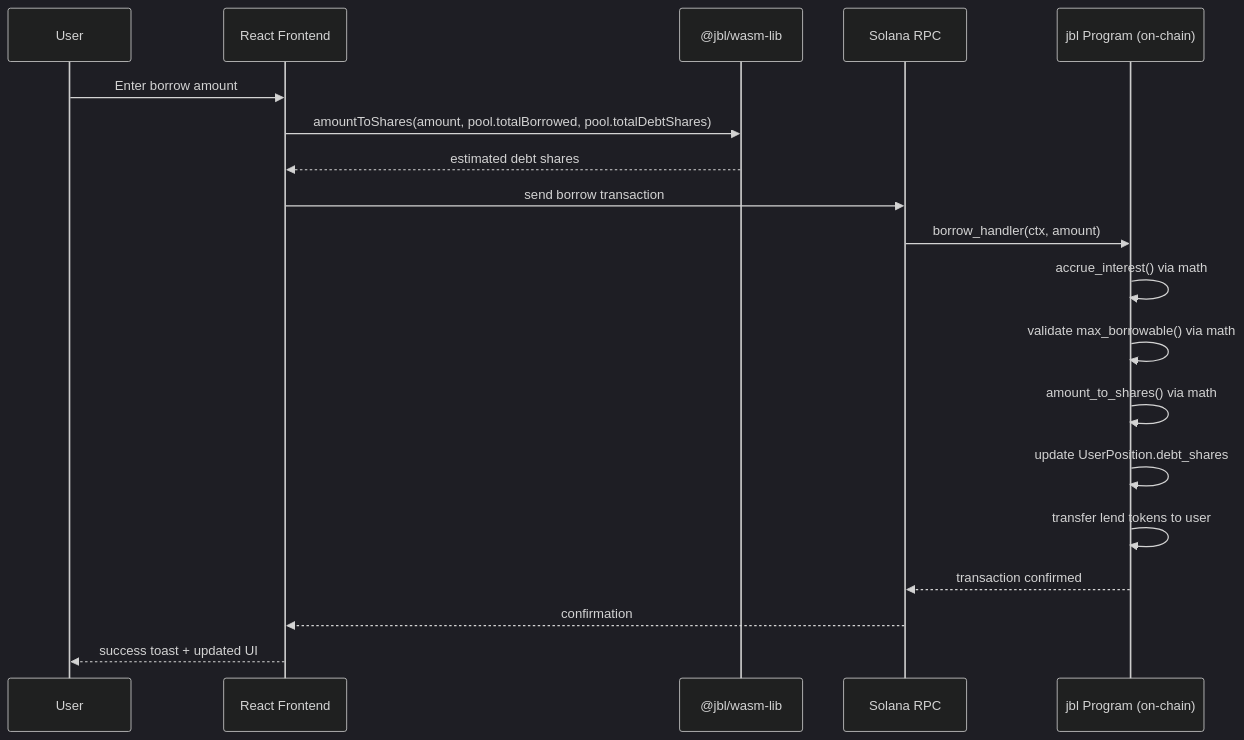
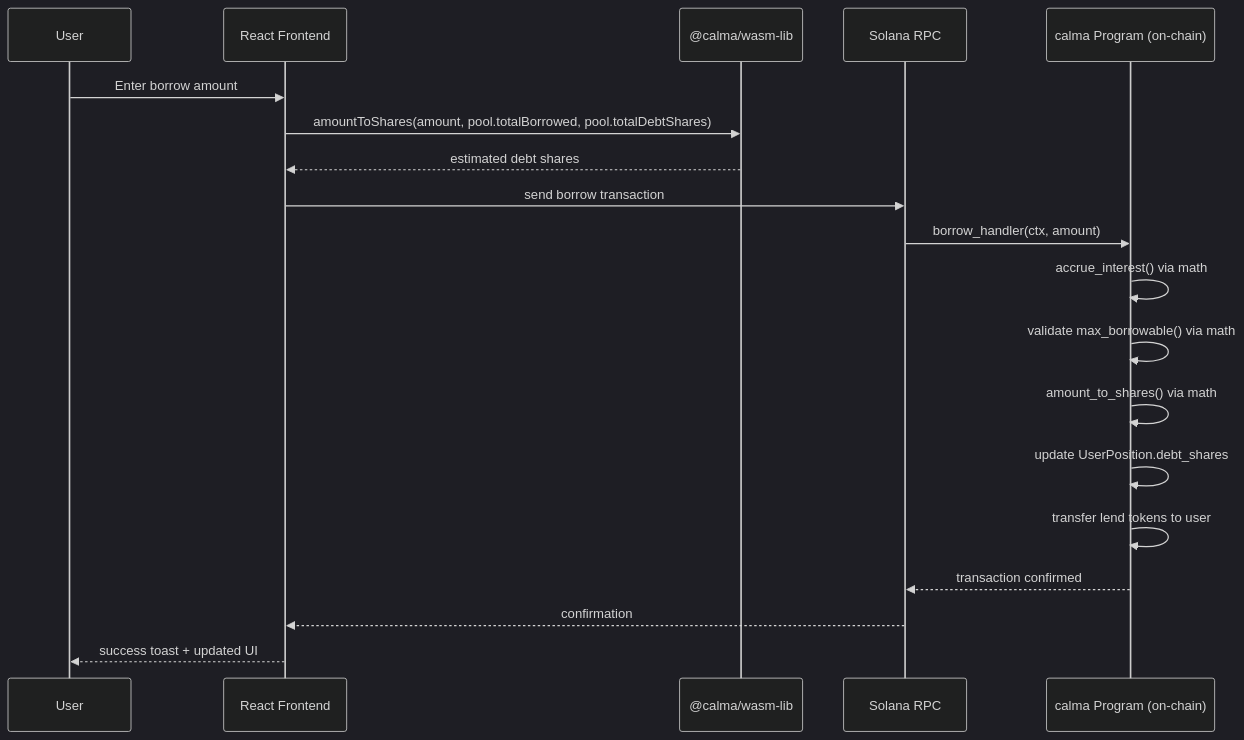
The third of 7 diagrams in ARCHITECTURE.md (calma-labs/calma), drawn with Mermaid (dark theme) before and after one commit. The commit also changed other lines of this file and 79 other files, not shown here.

````diff
--- a/ARCHITECTURE.md
+++ b/ARCHITECTURE.md
@@ -76,22 +76,22 @@
 ```mermaid
 sequenceDiagram
     participant User
     participant React as React Frontend
-    participant WASM as @jbl/wasm-lib
+    participant WASM as @calma/wasm-lib
     participant RPC as Solana RPC
-    participant Program as jbl Program (on-chain)
+    participant Program as calma Program (on-chain)
 
     User->>React: Enter borrow amount
     React->>WASM: amountToShares(amount, pool.totalBorrowed, pool.totalDebtShares)
     WASM-->>React: estimated debt shares
     React->>RPC: send borrow transaction
     RPC->>Program: borrow_handler(ctx, amount)
     Program->>Program: accrue_interest() via math
     Program->>Program: validate max_borrowable() via math
     Program->>Program: amount_to_shares() via math
     Program->>Program: update UserPosition.debt_shares
     Program->>Program: transfer lend tokens to user
     Program-->>RPC: transaction confirmed
     RPC-->>React: confirmation
     React-->>User: success toast + updated UI
 ```
````
